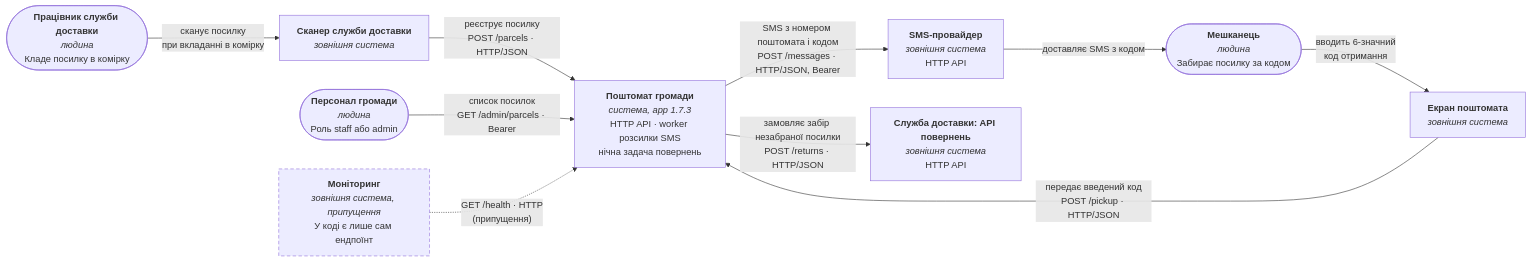
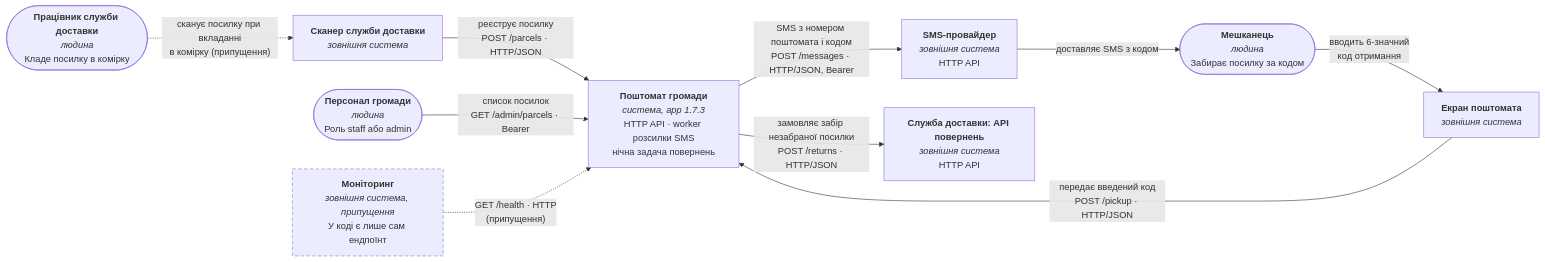
Before and after one commit to koldovsky/2026-udc-11-architecture-devops-hw: the first of 3 diagrams in docs/architecture.md, drawn with Mermaid. The commit also changed other lines of this file and 9 other files, not shown here.

````diff
--- a/docs/architecture.md
+++ b/docs/architecture.md
@@ -23,28 +23,28 @@
 ```mermaid
 flowchart LR
     courierStaff(["<b>Працівник служби доставки</b><br/><i>людина</i><br/>Кладе посилку в комірку"])
     resident(["<b>Мешканець</b><br/><i>людина</i><br/>Забирає посилку за кодом"])
     staff(["<b>Персонал громади</b><br/><i>людина</i><br/>Роль staff або admin"])
 
     scanner["<b>Сканер служби доставки</b><br/><i>зовнішня система</i>"]
     terminal["<b>Екран поштомата</b><br/><i>зовнішня система</i>"]
     monitoring["<b>Моніторинг</b><br/><i>зовнішня система, припущення</i><br/>У коді є лише сам ендпоїнт"]
 
     poshtomat["<b>Поштомат громади</b><br/><i>система, app 1.7.3</i><br/>HTTP API · worker розсилки SMS<br/>нічна задача повернень"]
 
     smsProvider["<b>SMS-провайдер</b><br/><i>зовнішня система</i><br/>HTTP API"]
     courierApi["<b>Служба доставки: API повернень</b><br/><i>зовнішня система</i><br/>HTTP API"]
 
-    courierStaff -->|"сканує посилку<br/>при вкладанні в комірку"| scanner
+    courierStaff -.->|"сканує посилку при вкладанні<br/>в комірку (припущення)"| scanner
     scanner -->|"реєструє посилку<br/>POST /parcels · HTTP/JSON"| poshtomat
     resident -->|"вводить 6-значний<br/>код отримання"| terminal
     terminal -->|"передає введений код<br/>POST /pickup · HTTP/JSON"| poshtomat
     staff -->|"список посилок<br/>GET /admin/parcels · Bearer"| poshtomat
     monitoring -.->|"GET /health · HTTP<br/>(припущення)"| poshtomat
     poshtomat -->|"SMS з номером поштомата і кодом<br/>POST /messages · HTTP/JSON, Bearer"| smsProvider
     smsProvider -->|"доставляє SMS з кодом"| resident
     poshtomat -->|"замовляє забір незабраної посилки<br/>POST /returns · HTTP/JSON"| courierApi
 
     classDef assumption stroke-dasharray: 6 4;
     class monitoring assumption;
 ```
````
